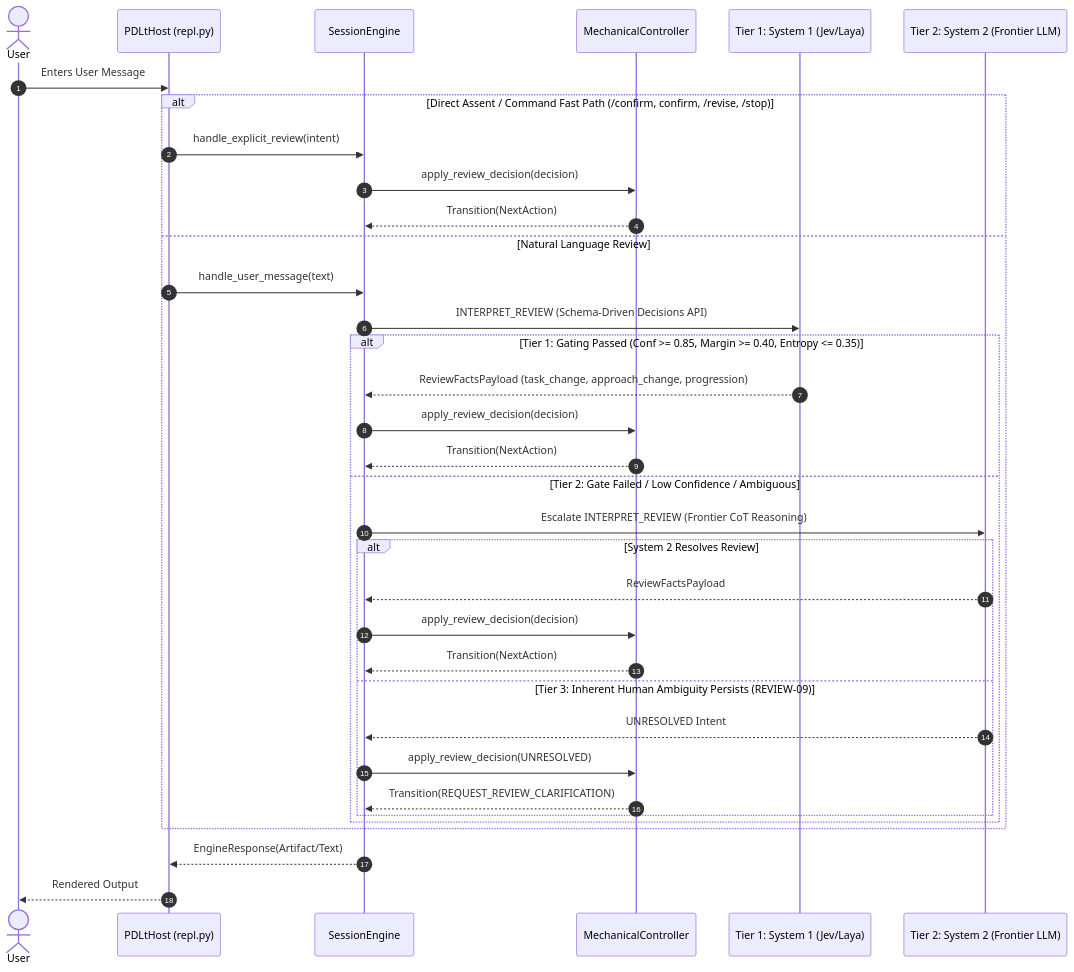
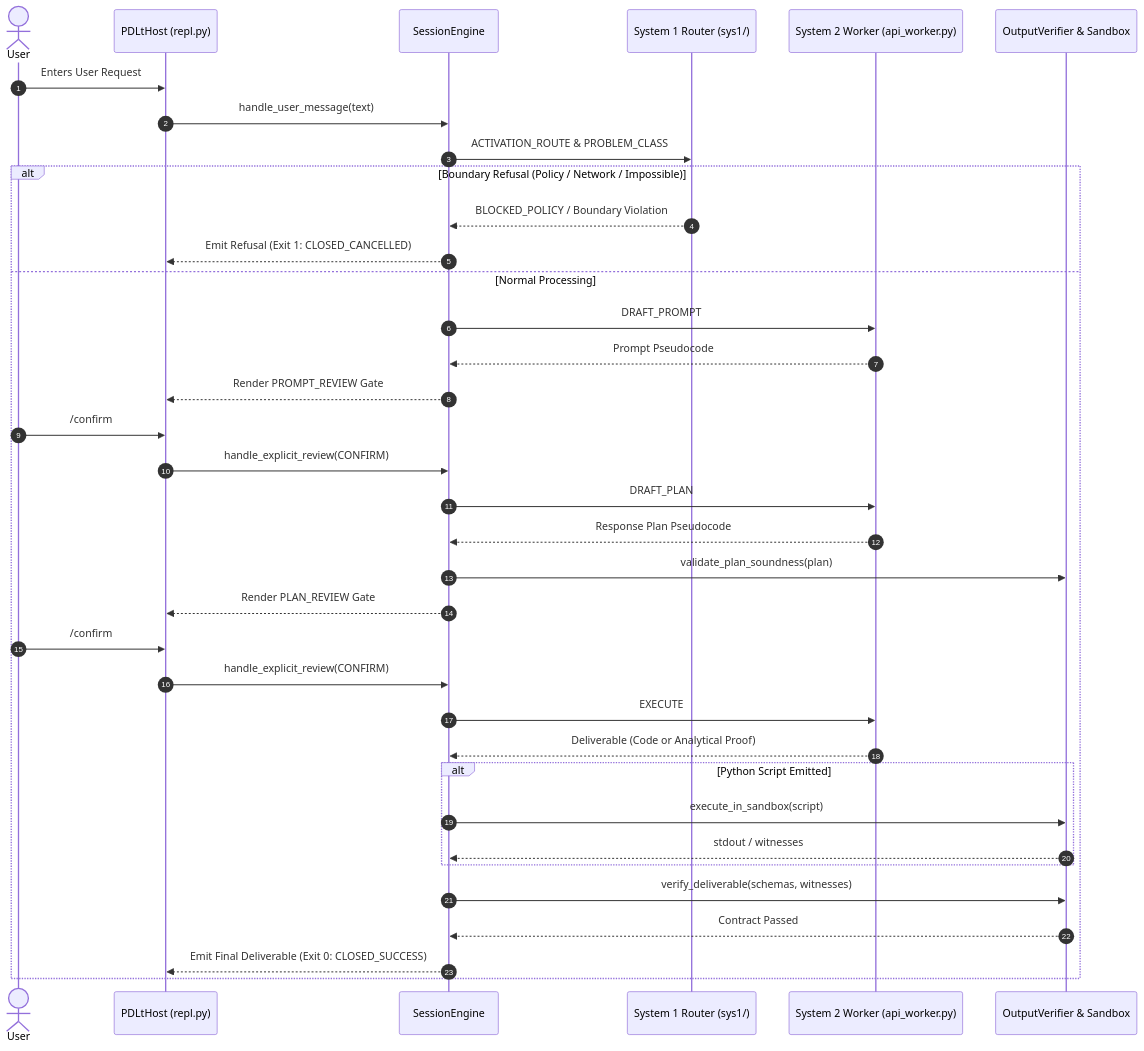
The third of 3 diagrams in ARCHITECTURE.md (paragon-ux/PDL-Standard-REPL-Harness), drawn with Mermaid before and after one commit. The commit also changed other lines of this file, not shown here.

Commit message:
docs: update ARCHITECTURE.md to reflect v2.6.0 baseline, ADR-0013..0020, and Guardrails

````diff
--- a/ARCHITECTURE.md
+++ b/ARCHITECTURE.md
@@ -164,38 +196,39 @@
 ```mermaid
 sequenceDiagram
     autonumber
     actor User
     participant Host as PDLtHost (repl.py)
     participant Engine as SessionEngine
-    participant Controller as MechanicalController
-    participant S1 as Tier 1: System 1 (Jev/Laya)
-    participant S2 as Tier 2: System 2 (Frontier LLM)
+    participant S1 as System 1 Router (sys1/)
+    participant S2 as System 2 Worker (api_worker.py)
+    participant Verifier as OutputVerifier & Sandbox
 
-    User->>Host: Enters User Message
-    alt Direct Assent / Command Fast Path (/confirm, confirm, /revise, /stop)
-        Host->>Engine: handle_explicit_review(intent)
-        Engine->>Controller: apply_review_decision(decision)
-        Controller-->>Engine: Transition(NextAction)
-    else Natural Language Review
-        Host->>Engine: handle_user_message(text)
-        Engine->>S1: INTERPRET_REVIEW (Schema-Driven Decisions API)
-        alt Tier 1: Gating Passed (Conf >= 0.85, Margin >= 0.40, Entropy <= 0.35)
-            S1-->>Engine: ReviewFactsPayload (task_change, approach_change, progression)
-            Engine->>Controller: apply_review_decision(decision)
-            Controller-->>Engine: Transition(NextAction)
-        else Tier 2: Gate Failed / Low Confidence / Ambiguous
-            Engine->>S2: Escalate INTERPRET_REVIEW (Frontier CoT Reasoning)
-            alt System 2 Resolves Review
-                S2-->>Engine: ReviewFactsPayload
-                Engine->>Controller: apply_review_decision(decision)
-                Controller-->>Engine: Transition(NextAction)
-            else Tier 3: Inherent Human Ambiguity Persists (REVIEW-09)
-                S2-->>Engine: UNRESOLVED Intent
-                Engine->>Controller: apply_review_decision(UNRESOLVED)
-                Controller-->>Engine: Transition(REQUEST_REVIEW_CLARIFICATION)
-            end
+    User->>Host: Enters User Request
+    Host->>Engine: handle_user_message(text)
+    Engine->>S1: ACTIVATION_ROUTE & PROBLEM_CLASS
+    alt Boundary Refusal (Policy / Network / Impossible)
+        S1-->>Engine: BLOCKED_POLICY / Boundary Violation
+        Engine-->>Host: Emit Refusal (Exit 1: CLOSED_CANCELLED)
+    else Normal Processing
+        Engine->>S2: DRAFT_PROMPT
+        S2-->>Engine: Prompt Pseudocode
+        Engine-->>Host: Render PROMPT_REVIEW Gate
+        User->>Host: /confirm
+        Host->>Engine: handle_explicit_review(CONFIRM)
+        Engine->>S2: DRAFT_PLAN
+        S2-->>Engine: Response Plan Pseudocode
+        Engine->>Verifier: validate_plan_soundness(plan)
+        Engine-->>Host: Render PLAN_REVIEW Gate
+        User->>Host: /confirm
+        Host->>Engine: handle_explicit_review(CONFIRM)
+        Engine->>S2: EXECUTE
+        S2-->>Engine: Deliverable (Code or Analytical Proof)
+        alt Python Script Emitted
+            Engine->>Verifier: execute_in_sandbox(script)
+            Verifier-->>Engine: stdout / witnesses
         end
+        Engine->>Verifier: verify_deliverable(schemas, witnesses)
+        Verifier-->>Engine: Contract Passed
+        Engine-->>Host: Emit Final Deliverable (Exit 0: CLOSED_SUCCESS)
     end
-    Engine-->>Host: EngineResponse(Artifact/Text)
-    Host-->>User: Rendered Output
 ```
````
